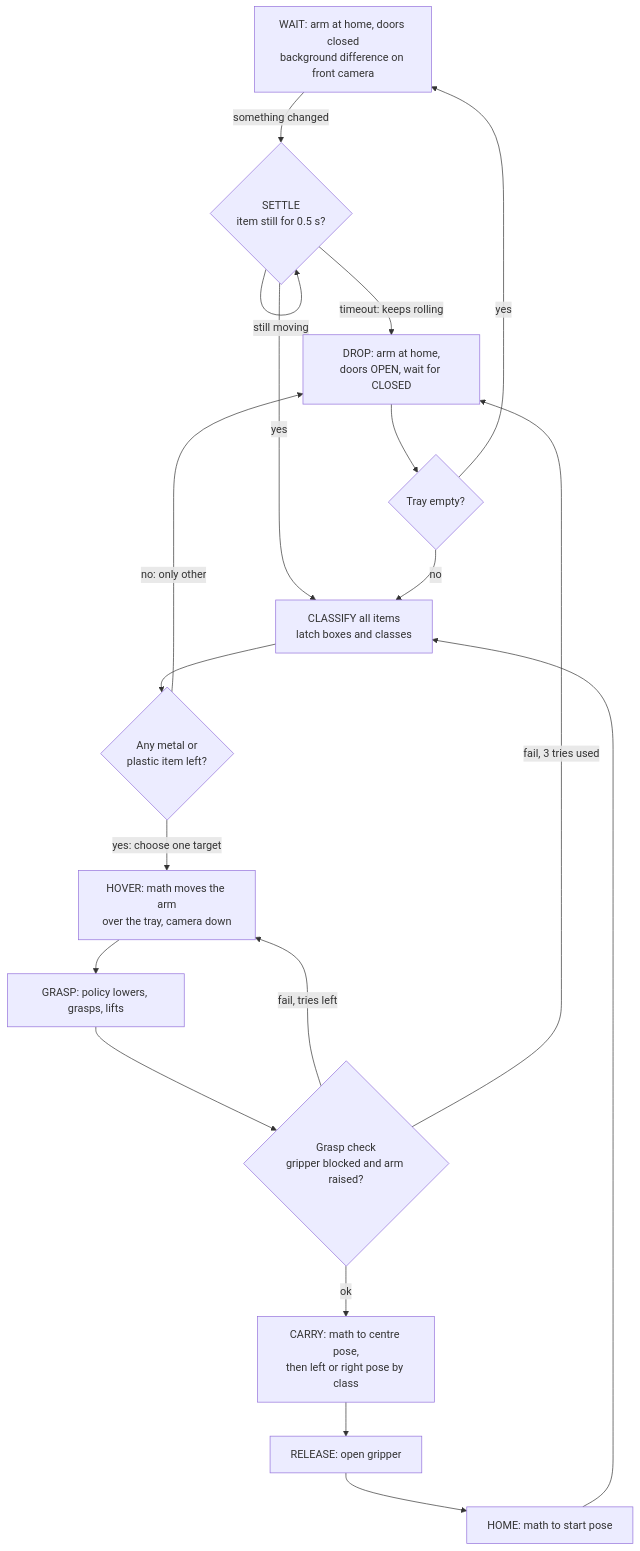
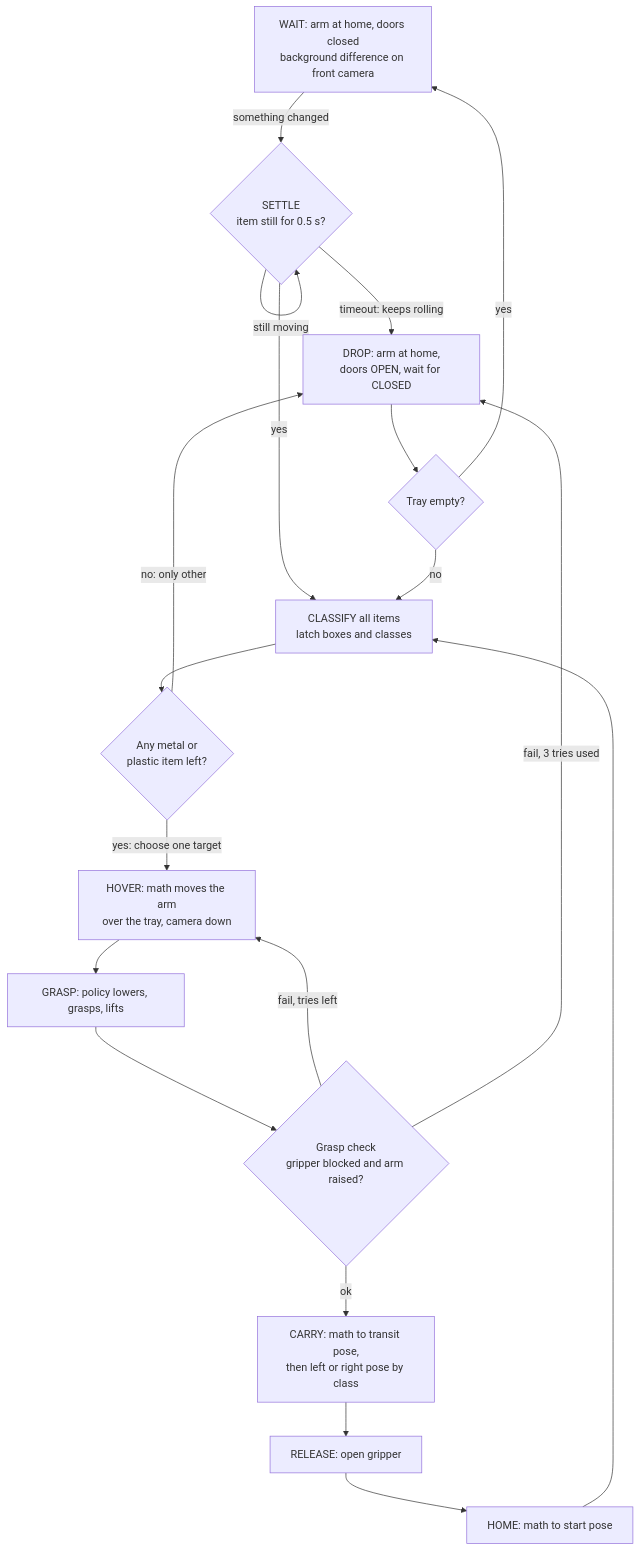
One commit to dark-neonus/Cleany_AI_Trash_Sorting_Robot changed the diagram in docs/pipeline-proposal.md. Above: the diagram before and after it, drawn with Mermaid. The commit also changed 5 other files, not shown here.

````diff
--- a/docs/pipeline-proposal.md
+++ b/docs/pipeline-proposal.md
@@ -47,21 +47,21 @@
 ```mermaid
 flowchart TD
     W[WAIT: arm at home, doors closed<br/>background difference on front camera] -->|something changed| S{SETTLE<br/>item still for 0.5 s?}
     S -->|still moving| S
     S -->|timeout: keeps rolling| D
     S -->|yes| C[CLASSIFY all items<br/>latch boxes and classes]
     C --> P{Any metal or<br/>plastic item left?}
     P -->|no: only other| D[DROP: arm at home,<br/>doors OPEN, wait for CLOSED]
     P -->|yes: choose one target| H[HOVER: math moves the arm<br/>over the tray, camera down]
     H --> G[GRASP: policy lowers, grasps, lifts]
     G --> V{Grasp check<br/>gripper blocked and arm raised?}
     V -->|fail, tries left| H
     V -->|fail, 3 tries used| D
-    V -->|ok| M[CARRY: math to centre pose,<br/>then left or right pose by class]
+    V -->|ok| M[CARRY: math to transit pose,<br/>then left or right pose by class]
     M --> R[RELEASE: open gripper]
     R --> B[HOME: math to start pose]
     B --> C
     D --> E{Tray empty?}
     E -->|yes| W
     E -->|no| C
 ```
````
